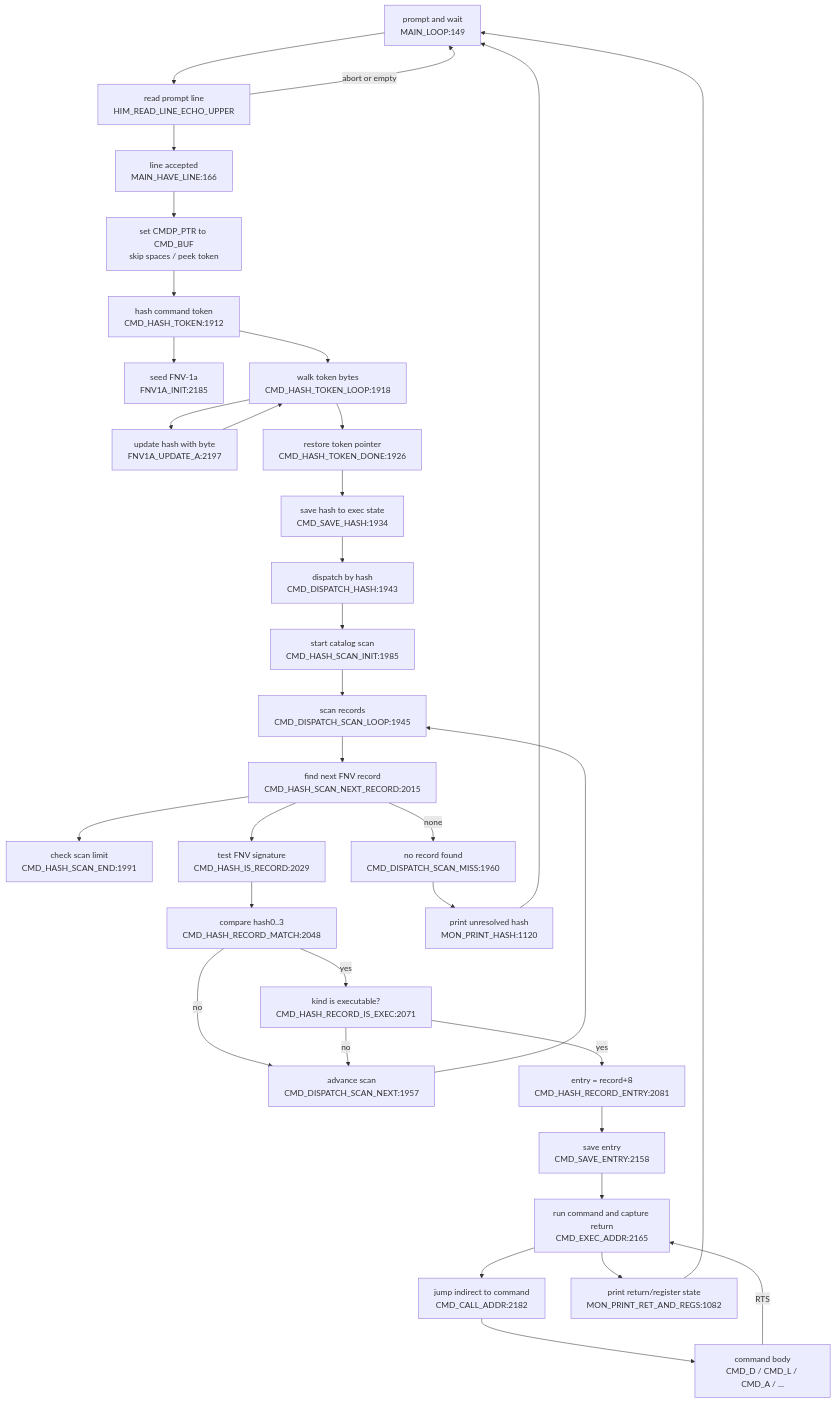
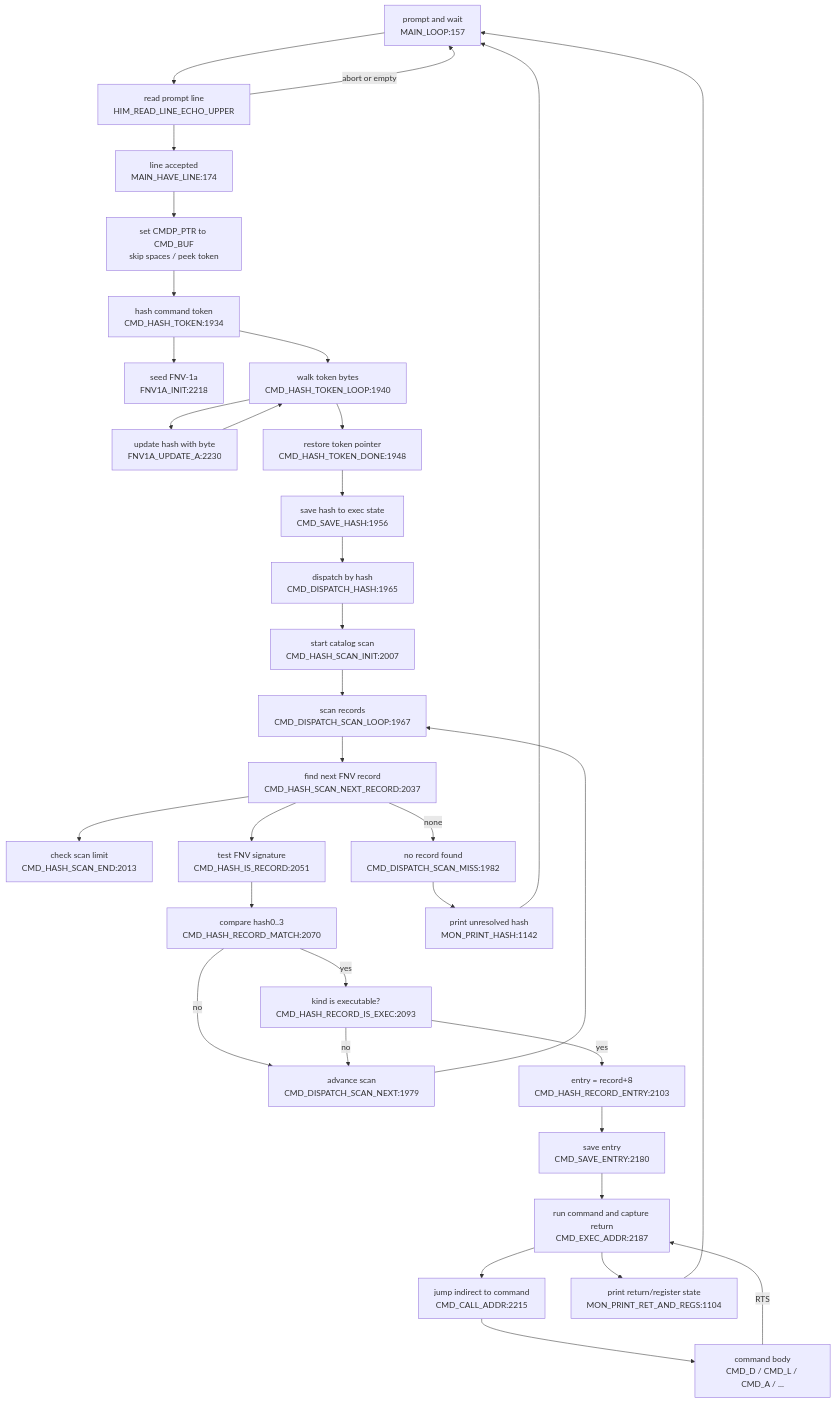
The diagram in DOC/GENERATED/CMD_FLOW_MAP.md (95westus/R-YORS), drawn with Mermaid before and after one commit. The commit also changed other lines of this file and 79 other files, not shown here.

````diff
--- a/DOC/GENERATED/CMD_FLOW_MAP.md
+++ b/DOC/GENERATED/CMD_FLOW_MAP.md
@@ -10,36 +10,36 @@
 ```mermaid
 flowchart TD
-    LOOP["prompt and wait<br/>MAIN_LOOP:149"] --> READ["read prompt line<br/>HIM_READ_LINE_ECHO_UPPER"]
-    READ --> HAVE["line accepted<br/>MAIN_HAVE_LINE:166"]
+    LOOP["prompt and wait<br/>MAIN_LOOP:157"] --> READ["read prompt line<br/>HIM_READ_LINE_ECHO_UPPER"]
+    READ --> HAVE["line accepted<br/>MAIN_HAVE_LINE:174"]
     READ -->|abort or empty| LOOP
     HAVE --> PREP["set CMDP_PTR to CMD_BUF<br/>skip spaces / peek token"]
-    PREP --> HASH["hash command token<br/>CMD_HASH_TOKEN:1912"]
-    HASH --> FNVINIT["seed FNV-1a<br/>FNV1A_INIT:2185"]
-    HASH --> HASHLOOP["walk token bytes<br/>CMD_HASH_TOKEN_LOOP:1918"]
-    HASHLOOP --> UPDATE["update hash with byte<br/>FNV1A_UPDATE_A:2197"]
+    PREP --> HASH["hash command token<br/>CMD_HASH_TOKEN:1934"]
+    HASH --> FNVINIT["seed FNV-1a<br/>FNV1A_INIT:2218"]
+    HASH --> HASHLOOP["walk token bytes<br/>CMD_HASH_TOKEN_LOOP:1940"]
+    HASHLOOP --> UPDATE["update hash with byte<br/>FNV1A_UPDATE_A:2230"]
     UPDATE --> HASHLOOP
-    HASHLOOP --> DONE["restore token pointer<br/>CMD_HASH_TOKEN_DONE:1926"]
-    DONE --> SAVEHASH["save hash to exec state<br/>CMD_SAVE_HASH:1934"]
-    SAVEHASH --> DISPATCH["dispatch by hash<br/>CMD_DISPATCH_HASH:1943"]
-    DISPATCH --> SCANINIT["start catalog scan<br/>CMD_HASH_SCAN_INIT:1985"]
-    SCANINIT --> SCANLOOP["scan records<br/>CMD_DISPATCH_SCAN_LOOP:1945"]
-    SCANLOOP --> NEXTREC["find next FNV record<br/>CMD_HASH_SCAN_NEXT_RECORD:2015"]
-    NEXTREC --> ENDCHK["check scan limit<br/>CMD_HASH_SCAN_END:1991"]
-    NEXTREC --> ISREC["test FNV signature<br/>CMD_HASH_IS_RECORD:2029"]
-    NEXTREC -->|none| MISS["no record found<br/>CMD_DISPATCH_SCAN_MISS:1960"]
-    ISREC --> MATCH["compare hash0..3<br/>CMD_HASH_RECORD_MATCH:2048"]
-    MATCH -->|no| ADV["advance scan<br/>CMD_DISPATCH_SCAN_NEXT:1957"]
+    HASHLOOP --> DONE["restore token pointer<br/>CMD_HASH_TOKEN_DONE:1948"]
+    DONE --> SAVEHASH["save hash to exec state<br/>CMD_SAVE_HASH:1956"]
+    SAVEHASH --> DISPATCH["dispatch by hash<br/>CMD_DISPATCH_HASH:1965"]
+    DISPATCH --> SCANINIT["start catalog scan<br/>CMD_HASH_SCAN_INIT:2007"]
+    SCANINIT --> SCANLOOP["scan records<br/>CMD_DISPATCH_SCAN_LOOP:1967"]
+    SCANLOOP --> NEXTREC["find next FNV record<br/>CMD_HASH_SCAN_NEXT_RECORD:2037"]
+    NEXTREC --> ENDCHK["check scan limit<br/>CMD_HASH_SCAN_END:2013"]
+    NEXTREC --> ISREC["test FNV signature<br/>CMD_HASH_IS_RECORD:2051"]
+    NEXTREC -->|none| MISS["no record found<br/>CMD_DISPATCH_SCAN_MISS:1982"]
+    ISREC --> MATCH["compare hash0..3<br/>CMD_HASH_RECORD_MATCH:2070"]
+    MATCH -->|no| ADV["advance scan<br/>CMD_DISPATCH_SCAN_NEXT:1979"]
     ADV --> SCANLOOP
-    MATCH -->|yes| EXECOK["kind is executable?<br/>CMD_HASH_RECORD_IS_EXEC:2071"]
+    MATCH -->|yes| EXECOK["kind is executable?<br/>CMD_HASH_RECORD_IS_EXEC:2093"]
     EXECOK -->|no| ADV
-    EXECOK -->|yes| ENTRY["entry = record+8<br/>CMD_HASH_RECORD_ENTRY:2081"]
-    ENTRY --> SAVEENTRY["save entry<br/>CMD_SAVE_ENTRY:2158"]
-    SAVEENTRY --> RUN["run command and capture return<br/>CMD_EXEC_ADDR:2165"]
-    RUN --> CALL["jump indirect to command<br/>CMD_CALL_ADDR:2182"]
+    EXECOK -->|yes| ENTRY["entry = record+8<br/>CMD_HASH_RECORD_ENTRY:2103"]
+    ENTRY --> SAVEENTRY["save entry<br/>CMD_SAVE_ENTRY:2180"]
+    SAVEENTRY --> RUN["run command and capture return<br/>CMD_EXEC_ADDR:2187"]
+    RUN --> CALL["jump indirect to command<br/>CMD_CALL_ADDR:2215"]
     CALL --> BODY["command body<br/>CMD_D / CMD_L / CMD_A / ..."]
     BODY -->|RTS| RUN
-    RUN --> RETPRINT["print return/register state<br/>MON_PRINT_RET_AND_REGS:1082"]
+    RUN --> RETPRINT["print return/register state<br/>MON_PRINT_RET_AND_REGS:1104"]
     RETPRINT --> LOOP
-    MISS --> PRHASH["print unresolved hash<br/>MON_PRINT_HASH:1120"]
+    MISS --> PRHASH["print unresolved hash<br/>MON_PRINT_HASH:1142"]
     PRHASH --> LOOP
 ```
````
